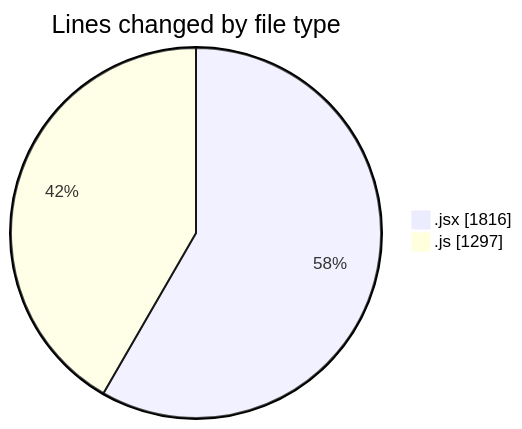
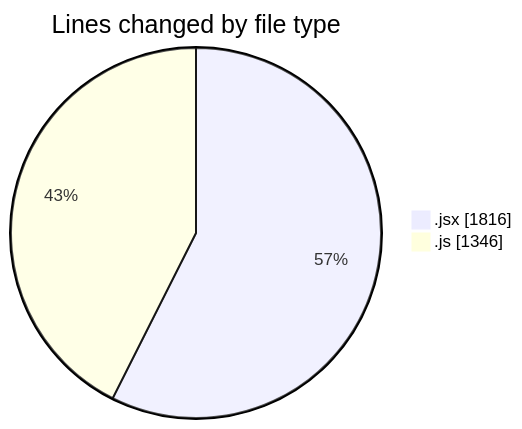
One commit to nxtqubesakshisongat/code-tracking changed the first of 2 diagrams in 2025-08-04/nxtqube_webapp/README.md. Above: the diagram before and after it, drawn with Mermaid. The commit also changed other lines of this file and 1 other file, not shown here.

````diff
--- a/2025-08-04/nxtqube_webapp/README.md
+++ b/2025-08-04/nxtqube_webapp/README.md
@@ -26,6 +27,6 @@
 ```mermaid
 pie showData
 title Lines changed by file type
 ".jsx" : 1816
-".js" : 1297
+".js" : 1346
 ```
````
